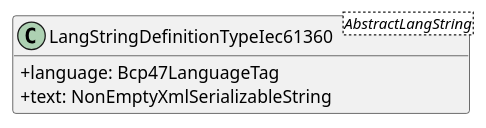
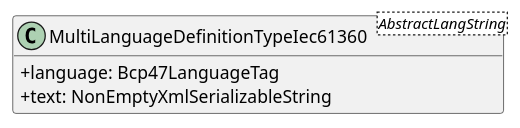
The diagram in output/classes/LangStringDefinitionTypeIec61360.puml (zrgt/py2puml), drawn with PlantUML before and after one commit. The commit also changed 35 other files, not shown here.

Commit message:
Rename "LangString..." classes to "MultiLanguage..."

```diff
--- a/output/classes/LangStringDefinitionTypeIec61360.puml
+++ b/output/classes/LangStringDefinitionTypeIec61360.puml
@@ -1,9 +1,9 @@
 @startuml
 skinparam classAttributeIconSize 0
 hide methods
 
-class LangStringDefinitionTypeIec61360<AbstractLangString> {
+class MultiLanguageDefinitionTypeIec61360<AbstractLangString> {
   +language: Bcp47LanguageTag 
   +text: NonEmptyXmlSerializableString 
 }
 @enduml
```
